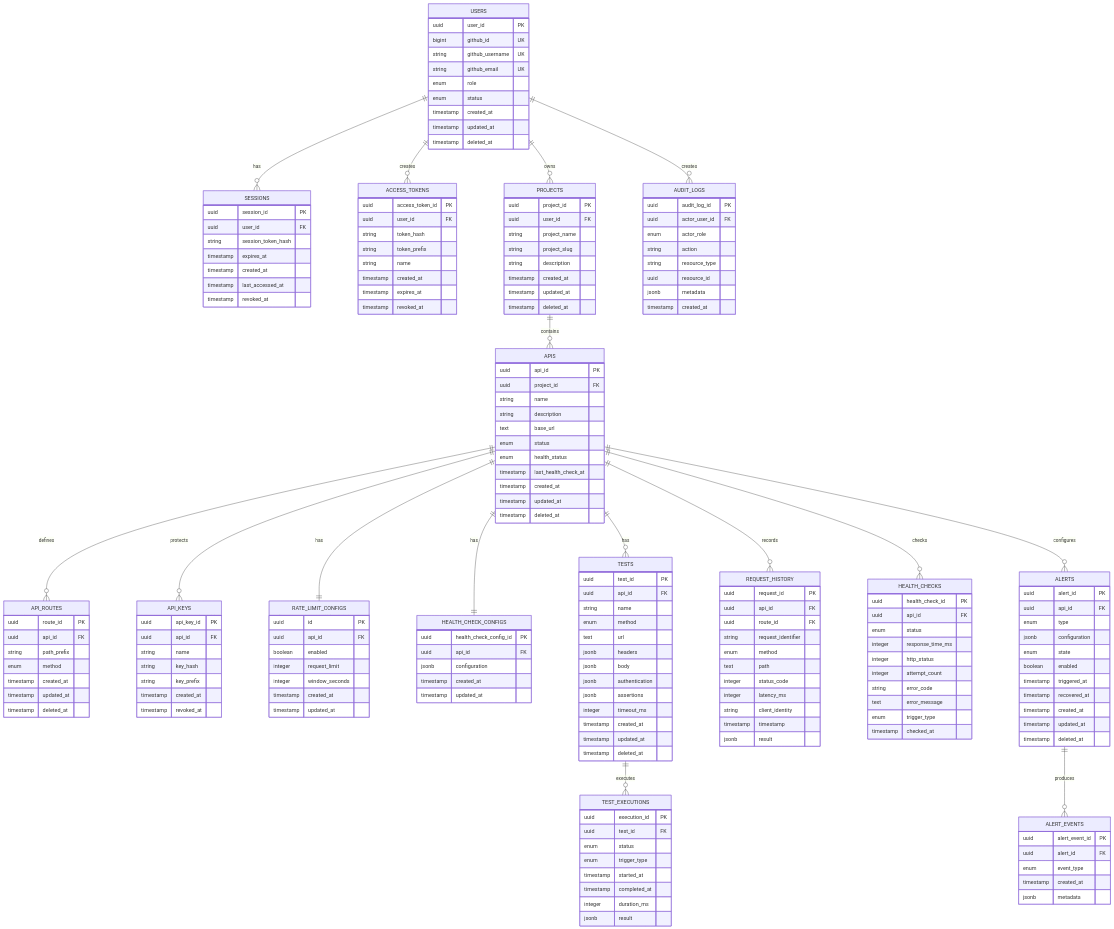
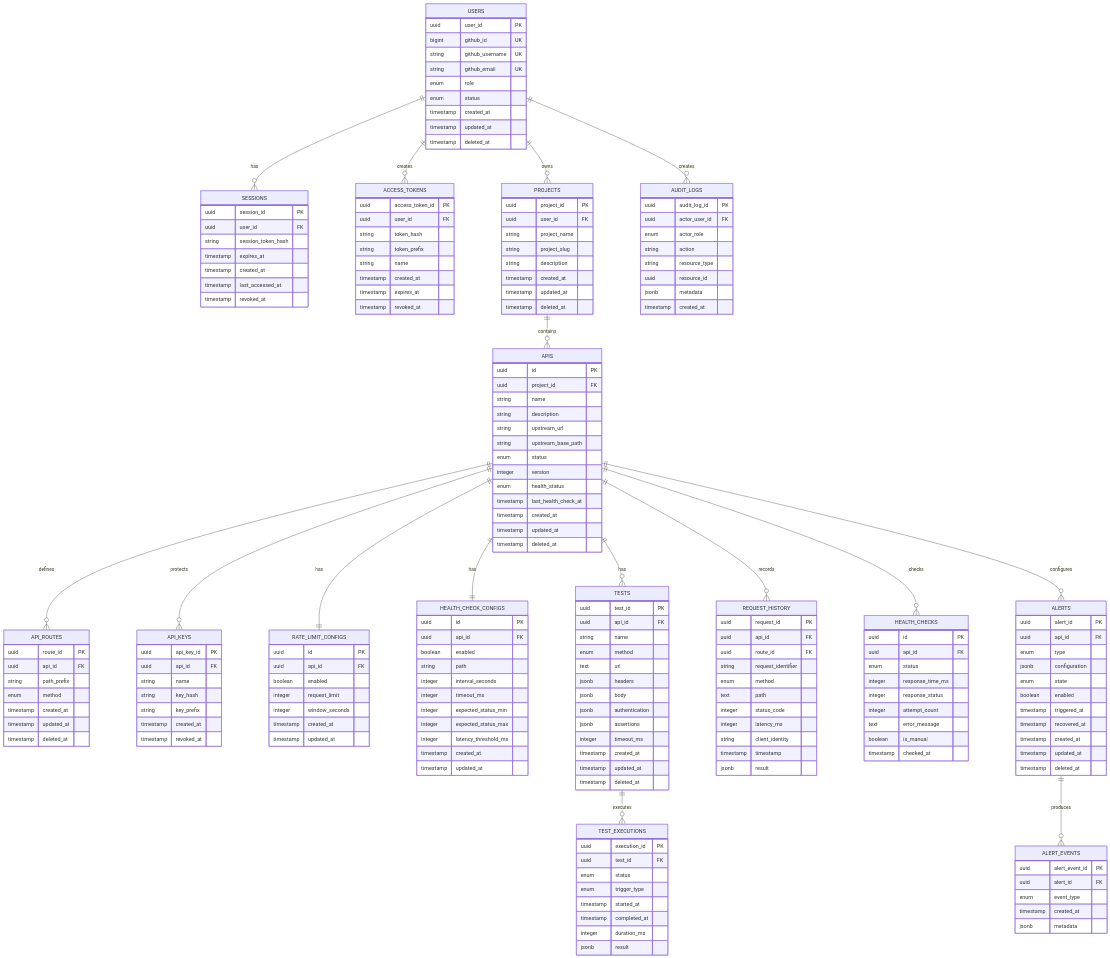
One commit to y1say2yash/GateWatch changed the diagram in docs/01-system-specification/06-data-model.md. Above: the diagram before and after it, drawn with Mermaid. The commit also changed other lines of this file and 16 other files, not shown here.

```diff
--- a/docs/01-system-specification/06-data-model.md
+++ b/docs/01-system-specification/06-data-model.md
@@ -79,12 +79,14 @@
     }
 
     APIS {
-        uuid api_id PK
+        uuid id PK
         uuid project_id FK
         string name
         string description
-        text base_url
+        string upstream_url
+        string upstream_base_path
         enum status
+        integer version
         enum health_status
         timestamp last_health_check_at
         timestamp created_at
@@ -123,9 +125,15 @@
     }
 
     HEALTH_CHECK_CONFIGS {
-        uuid health_check_config_id PK
+        uuid id PK
         uuid api_id FK
-        jsonb configuration
+        boolean enabled
+        string path
+        integer interval_seconds
+        integer timeout_ms
+        integer expected_status_min
+        integer expected_status_max
+        integer latency_threshold_ms
         timestamp created_at
         timestamp updated_at
     }
@@ -172,15 +180,14 @@
     }
 
     HEALTH_CHECKS {
-        uuid health_check_id PK
+        uuid id PK
         uuid api_id FK
         enum status
         integer response_time_ms
-        integer http_status
+        integer response_status
         integer attempt_count
-        string error_code
         text error_message
-        enum trigger_type
+        boolean is_manual
         timestamp checked_at
     }
 
```
